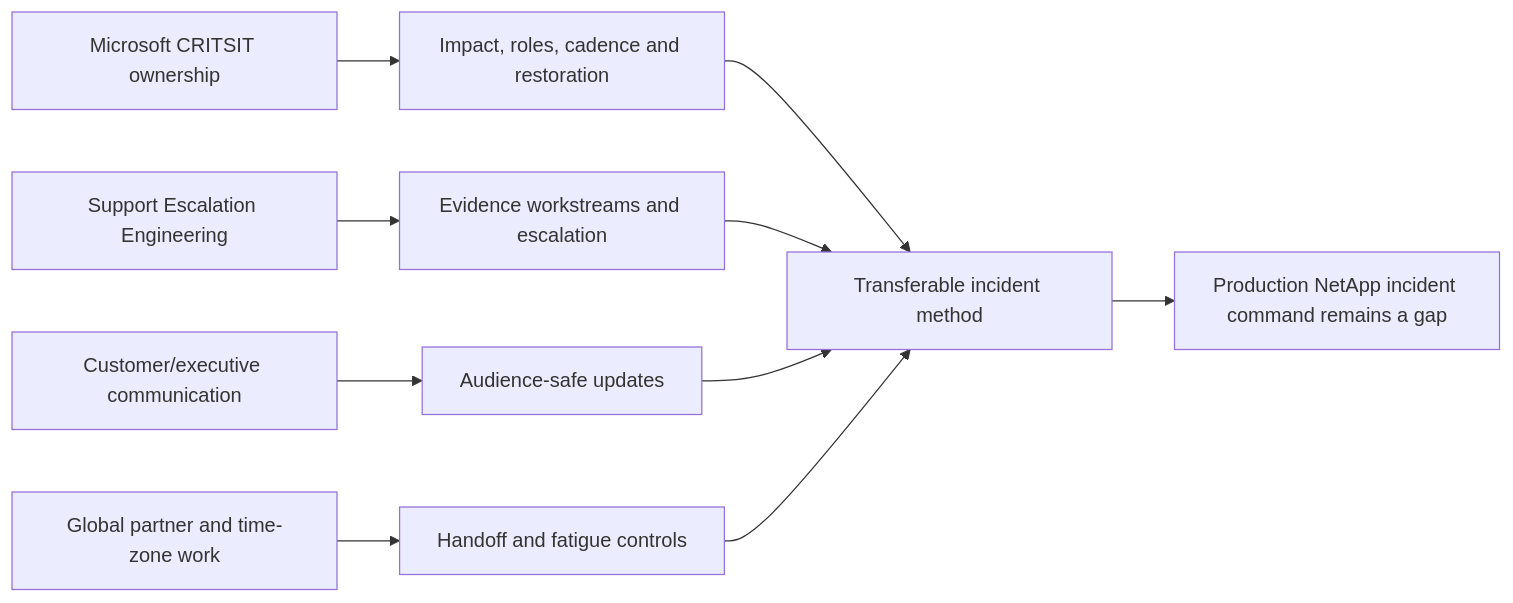
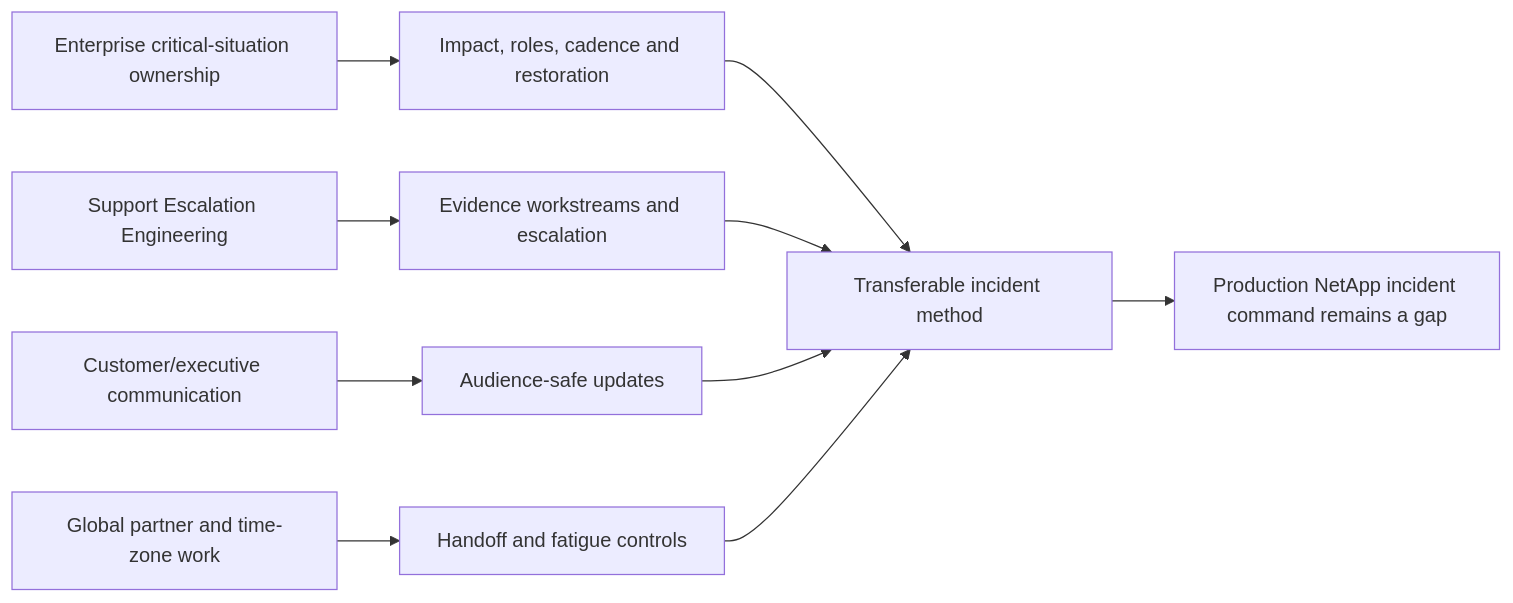
Before and after one commit to hichauhan-in/Interview-Prep: diagram 25 of 26 in NetApp TAM/prep/Part-72-major-incident-high-pressure-communication.md, drawn with Mermaid. The commit also changed other lines of this file and 493 other files, not shown here.

````diff
--- a/NetApp TAM/prep/Part-72-major-incident-high-pressure-communication.md
+++ b/NetApp TAM/prep/Part-72-major-incident-high-pressure-communication.md
@@ -727,12 +727,12 @@
 ```mermaid
 flowchart LR
-    CRIT[Microsoft CRITSIT ownership] --> COMMAND[Impact, roles, cadence and restoration]
+    CRIT[Enterprise critical-situation ownership] --> COMMAND[Impact, roles, cadence and restoration]
     SUP[Support Escalation Engineering] --> TECH[Evidence workstreams and escalation]
     COMM[Customer/executive communication] --> UPDATE[Audience-safe updates]
     TZ[Global partner and time-zone work] --> HAND[Handoff and fatigue controls]
     COMMAND --> TRANS[Transferable incident method]
     TECH --> TRANS
     UPDATE --> TRANS
     HAND --> TRANS
     TRANS --> GAP[Production NetApp incident command remains a gap]
 ```
````
